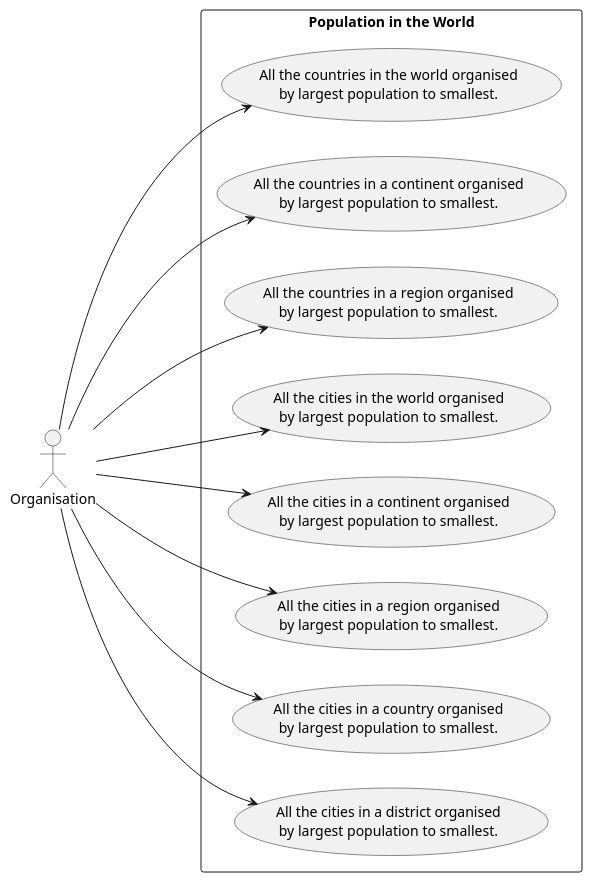
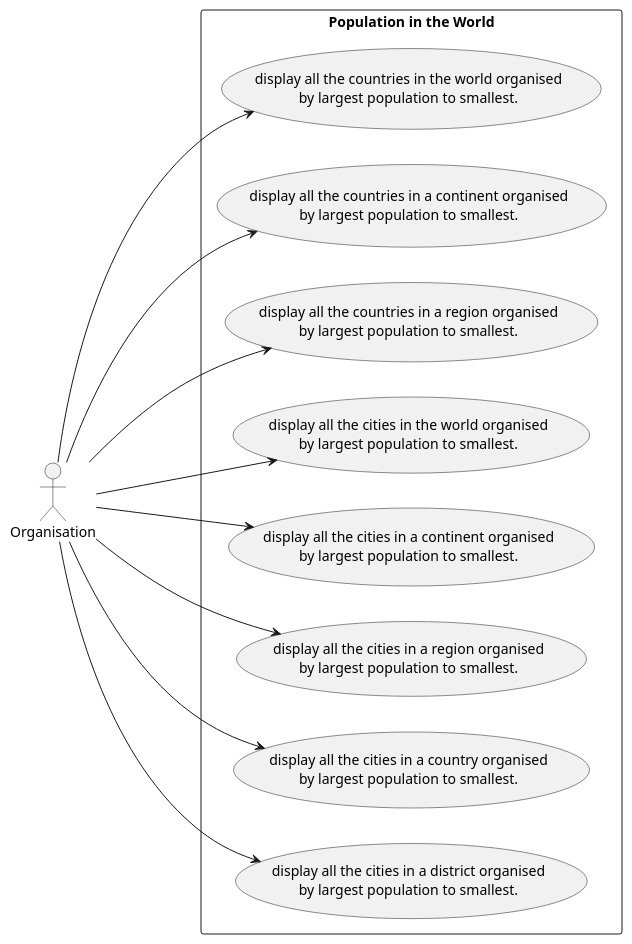
One commit to heinsetswe/group-2 changed the diagram in use-cases/use-case-review2.puml. Above: the diagram before and after it, drawn with PlantUML.

Commit message:
use-case texts modified

```diff
--- a/use-cases/use-case-review2.puml
+++ b/use-cases/use-case-review2.puml
@@ -1,35 +1,35 @@
 @startuml
 left to right direction
 actor Org as "Organisation"
 
 rectangle "Population in the World" {
-    usecase UC1 as "All the countries in the world organised
+    usecase UC1 as "display all the countries in the world organised
     by largest population to smallest."
-    usecase UC2 as "All the countries in a continent organised
+    usecase UC2 as "display all the countries in a continent organised
     by largest population to smallest."
-    usecase UC3 as "All the countries in a region organised
+    usecase UC3 as "display all the countries in a region organised
     by largest population to smallest."
-    usecase UC4 as "All the cities in the world organised
+    usecase UC4 as "display all the cities in the world organised
     by largest population to smallest."
-    usecase UC5 as "All the cities in a continent organised
+    usecase UC5 as "display all the cities in a continent organised
     by largest population to smallest."
-    usecase UC6 as "All the cities in a region organised
+    usecase UC6 as "display all the cities in a region organised
     by largest population to smallest."
-    usecase UC7 as "All the cities in a country organised
+    usecase UC7 as "display all the cities in a country organised
     by largest population to smallest."
-    usecase UC8 as "All the cities in a district organised
+    usecase UC8 as "display all the cities in a district organised
     by largest population to smallest."
 
 
     Org ---> UC1
     Org ---> UC2
     Org ---> UC3
     Org ---> UC4
     Org ---> UC5
     Org ---> UC6
     Org ---> UC7
     Org ---> UC8
 
 }
 
 @enduml
```
